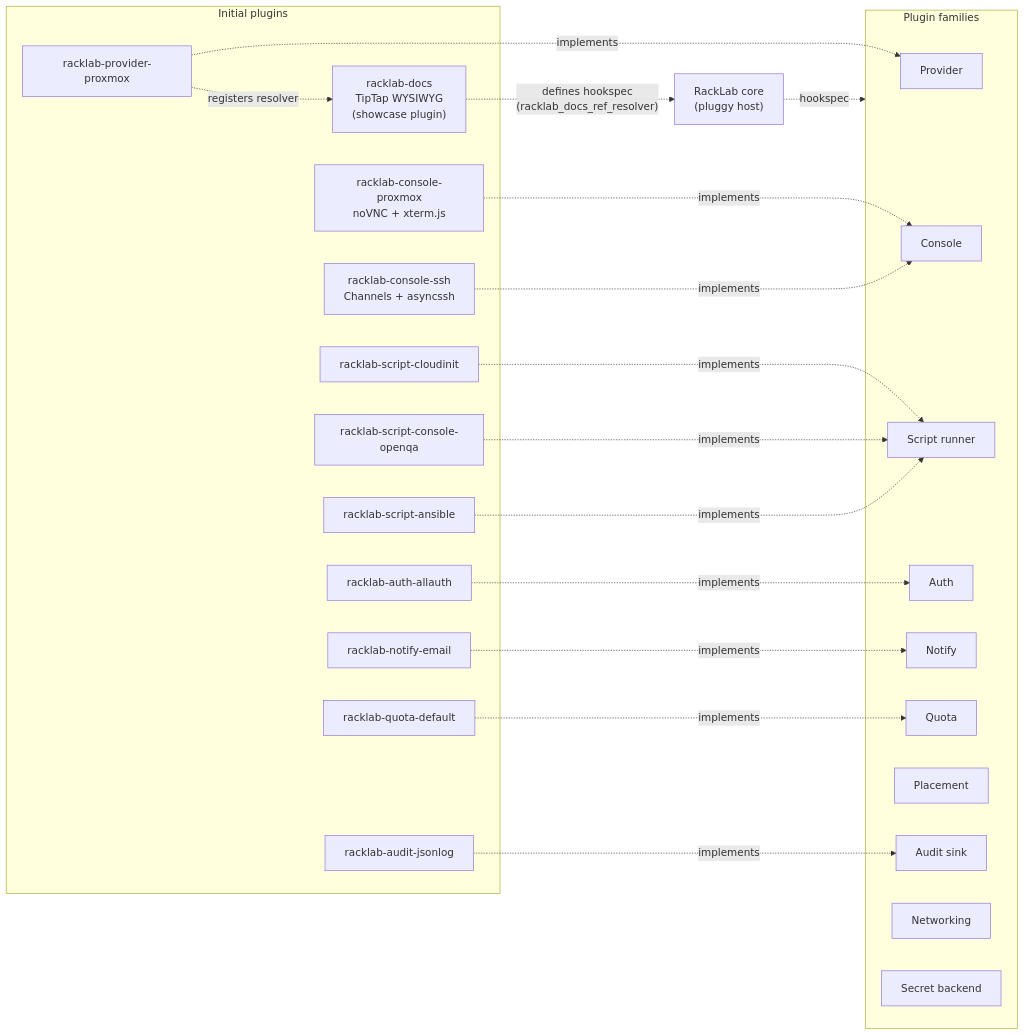
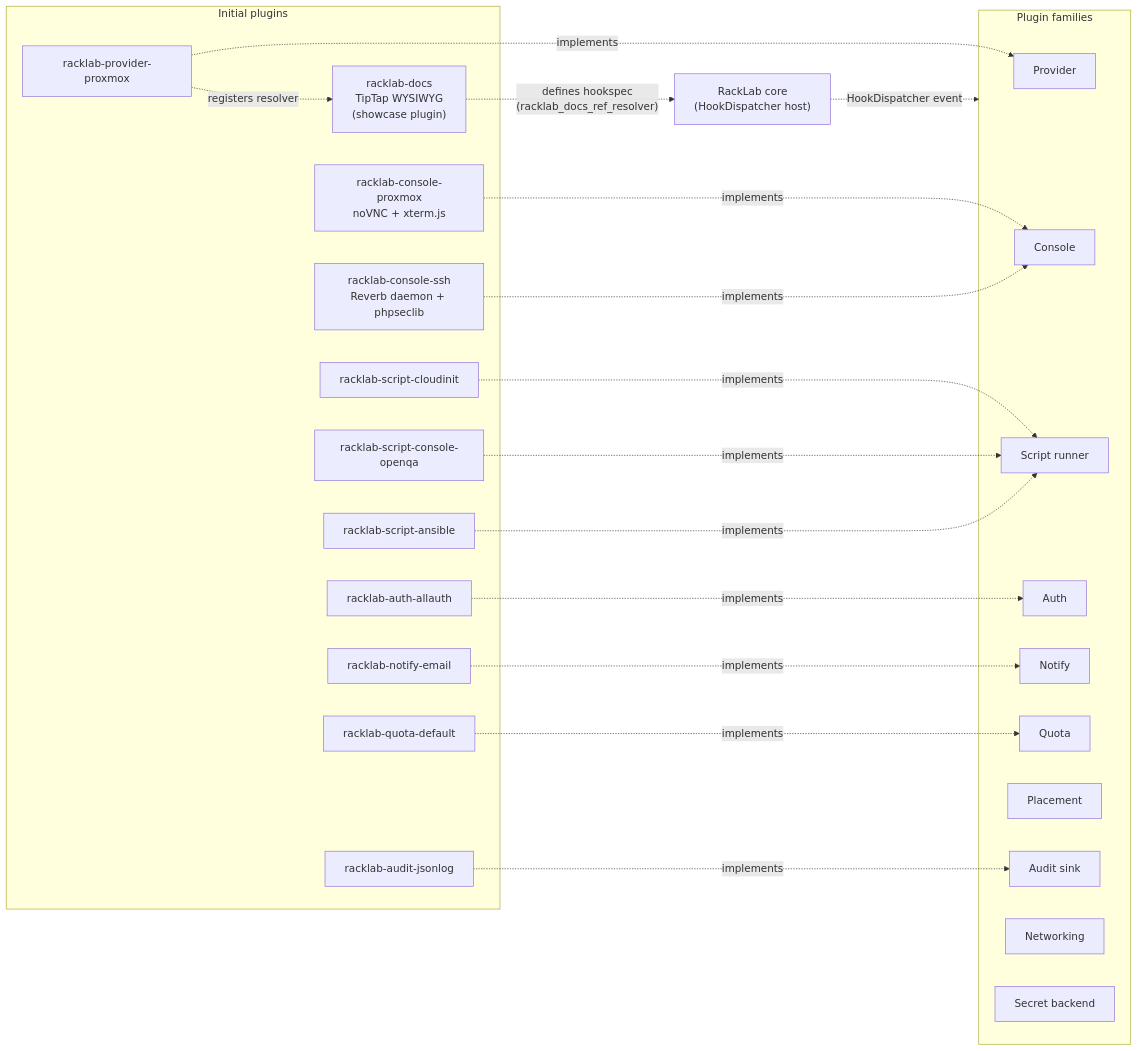
One commit to cyberbalsa/racklab changed the second of 8 diagrams in docs/architecture/diagrams.md. Above: the diagram before and after it, drawn with Mermaid. The commit also changed other lines of this file, not shown here.

First line of the commit message:
docs(architecture): rewrite Mermaid diagrams for Laravel stack topology

````diff
--- a/docs/architecture/diagrams.md
+++ b/docs/architecture/diagrams.md
@@ -77,47 +77,47 @@
 ```mermaid
 graph LR
-    Core["RackLab core<br/>(pluggy host)"]
+    Core["RackLab core<br/>(HookDispatcher host)"]
 
     subgraph Families [Plugin families]
         Provider[Provider]
         Console[Console]
         Script[Script runner]
         Auth[Auth]
         Notify[Notify]
         Quota[Quota]
         Place[Placement]
         Audit[Audit sink]
         Net[Networking]
         Secret[Secret backend]
     end
 
-    Core -. "hookspec" .-> Families
+    Core -. "HookDispatcher event" .-> Families
 
     subgraph Initial [Initial plugins]
         Prox["racklab-provider-proxmox"]
         ConsProx["racklab-console-proxmox<br/>noVNC + xterm.js"]
-        ConsSSH["racklab-console-ssh<br/>Channels + asyncssh"]
+        ConsSSH["racklab-console-ssh<br/>Reverb daemon + phpseclib"]
         ScriptCI["racklab-script-cloudinit"]
         ScriptOQA["racklab-script-console-openqa"]
         ScriptA["racklab-script-ansible"]
         AuthA["racklab-auth-allauth"]
         NotifE["racklab-notify-email"]
         AuditJ["racklab-audit-jsonlog"]
         QuotaD["racklab-quota-default"]
         Docs["racklab-docs<br/>TipTap WYSIWYG<br/>(showcase plugin)"]
     end
 
     Prox -. implements .-> Provider
     ConsProx -. implements .-> Console
     ConsSSH -. implements .-> Console
     ScriptCI -. implements .-> Script
     ScriptOQA -. implements .-> Script
     ScriptA -. implements .-> Script
     AuthA -. implements .-> Auth
     NotifE -. implements .-> Notify
     AuditJ -. implements .-> Audit
     QuotaD -. implements .-> Quota
 
     Docs -. "defines hookspec<br/>(racklab_docs_ref_resolver)" .-> Core
     Prox -. "registers resolver" .-> Docs
 ```
````
